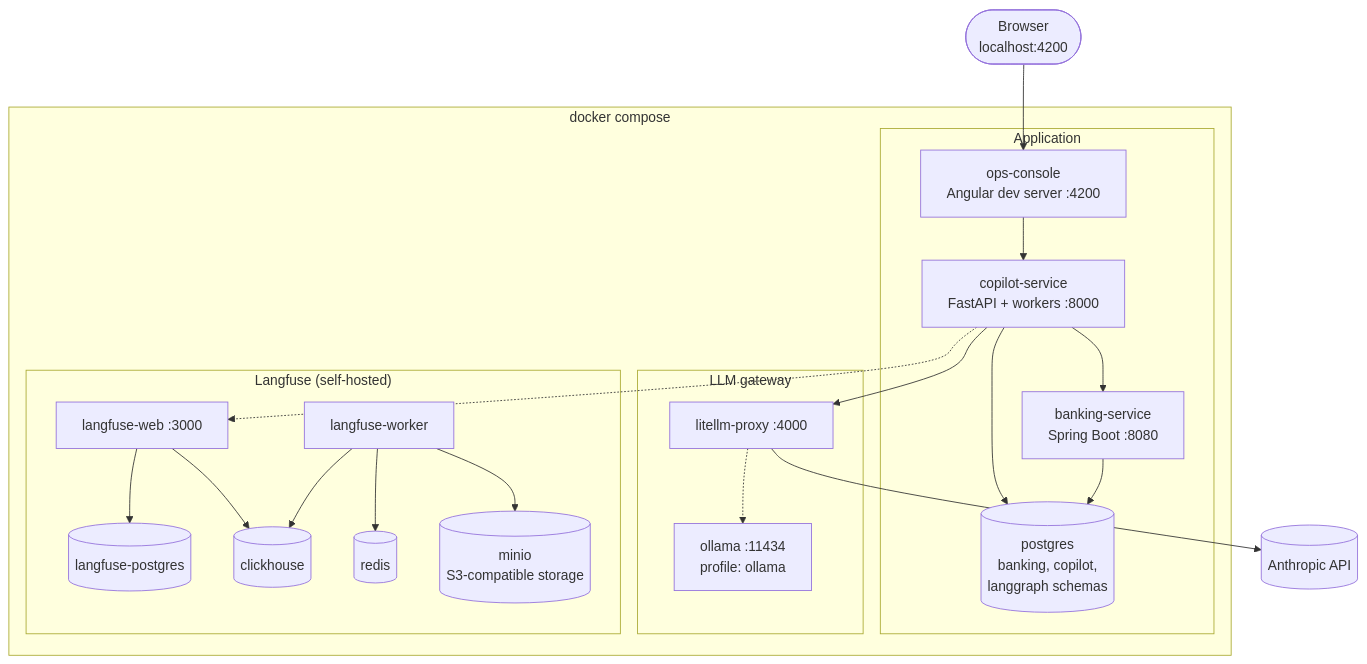
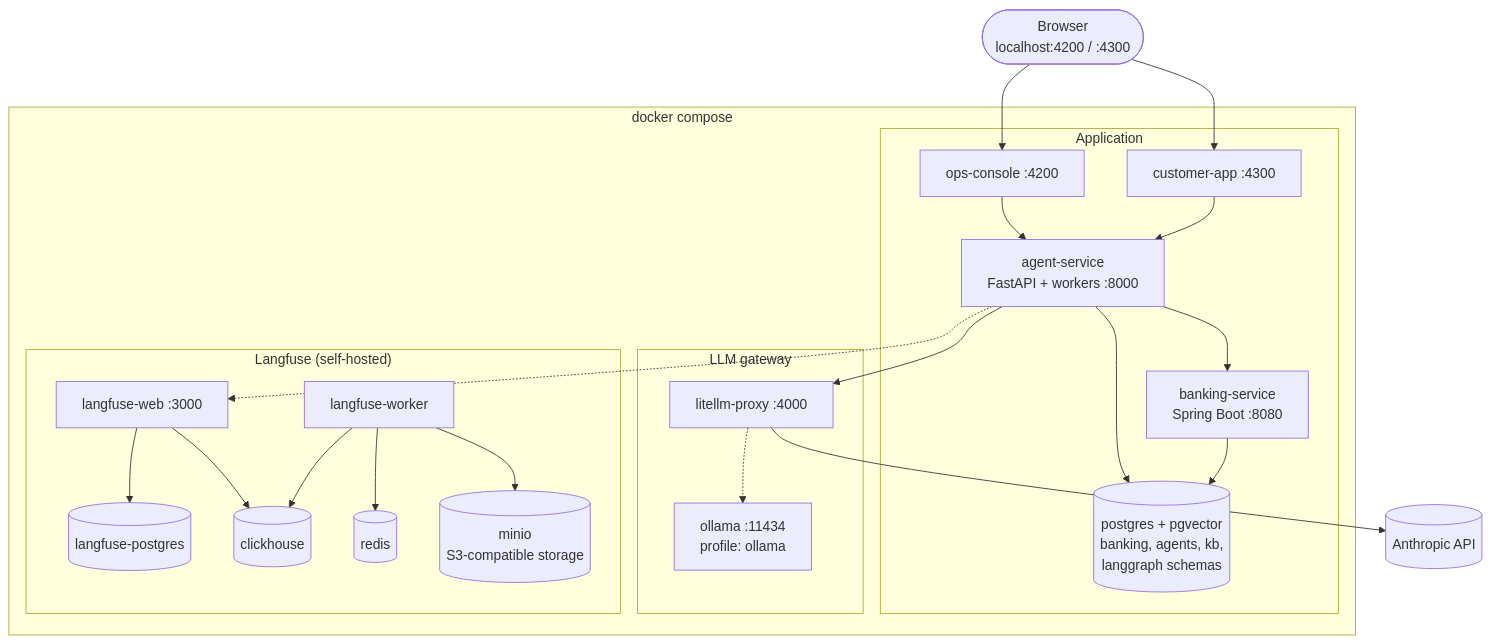
Before and after one commit to babicmilan999/claude-poc: diagram 11 of 12 in docs/architecture.md, drawn with Mermaid. The commit also changed other lines of this file, not shown here.

First line of the commit message:
Add in-app customer assistant to architecture design

````diff
--- a/docs/architecture.md
+++ b/docs/architecture.md
@@ -486,44 +652,47 @@
 ```mermaid
 flowchart TB
-    browser(["Browser<br/>localhost:4200"])
+    browser(["Browser<br/>localhost:4200 / :4300"])
 
     subgraph compose["docker compose"]
         subgraph app["Application"]
-            console["ops-console<br/>Angular dev server :4200"]
-            copilot["copilot-service<br/>FastAPI + workers :8000"]
+            console["ops-console :4200"]
+            capp["customer-app :4300"]
+            agents["agent-service<br/>FastAPI + workers :8000"]
             banking["banking-service<br/>Spring Boot :8080"]
-            pg[("postgres<br/>banking, copilot,<br/>langgraph schemas")]
+            pg[("postgres + pgvector<br/>banking, agents, kb,<br/>langgraph schemas")]
         end
 
         subgraph llm["LLM gateway"]
             litellm["litellm-proxy :4000"]
             ollama["ollama :11434<br/>profile: ollama"]
         end
 
         subgraph obs["Langfuse (self-hosted)"]
             lf_web["langfuse-web :3000"]
             lf_worker["langfuse-worker"]
             lf_pg[("langfuse-postgres")]
             lf_ch[("clickhouse")]
             lf_redis[("redis")]
             lf_minio[("minio<br/>S3-compatible storage")]
         end
     end
 
     anthropic[("Anthropic API")]
 
     browser --> console
-    console --> copilot
-    copilot --> banking
-    copilot --> pg
+    browser --> capp
+    console --> agents
+    capp --> agents
+    agents --> banking
+    agents --> pg
     banking --> pg
-    copilot --> litellm
+    agents --> litellm
     litellm --> anthropic
     litellm -.-> ollama
-    copilot -.-> lf_web
+    agents -.-> lf_web
     lf_web --> lf_pg
     lf_web --> lf_ch
     lf_worker --> lf_ch
     lf_worker --> lf_redis
     lf_worker --> lf_minio
 ```
````
